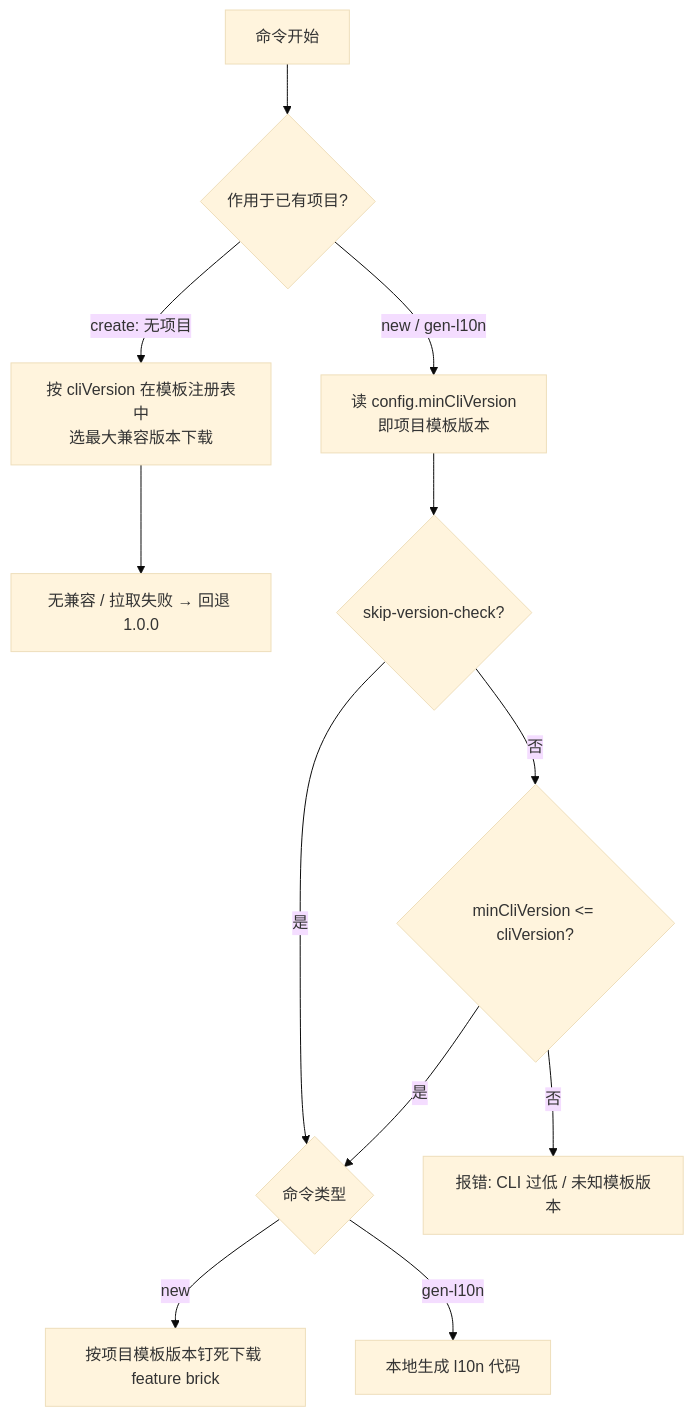
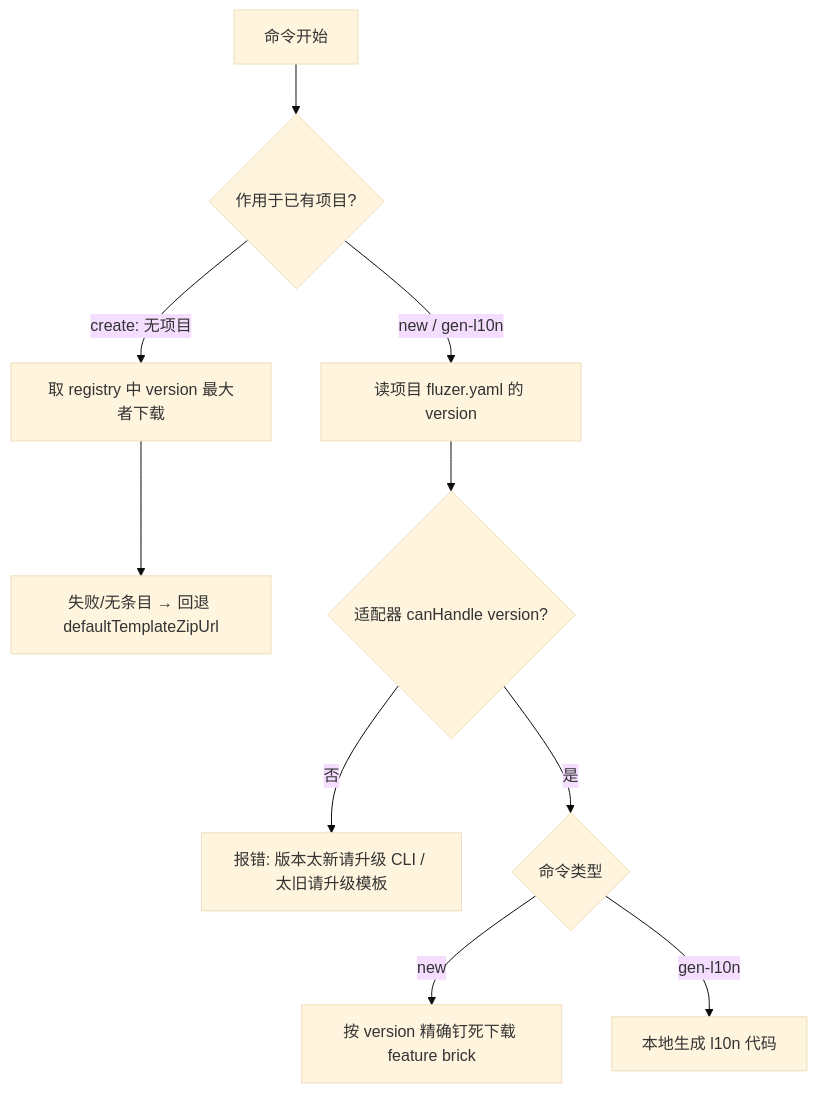
One commit to Dboy233/flutter_zero_doc changed the diagram in docs/zh/versioning-rules.md. Above: the diagram before and after it, drawn with Mermaid (base theme). The commit also changed other lines of this file and 25 other files, not shown here.

````diff
--- a/docs/zh/versioning-rules.md
+++ b/docs/zh/versioning-rules.md
@@ -97,15 +64,12 @@
 ```mermaid
 flowchart TD
     A[命令开始] --> B{作用于已有项目?}
-    B -- create: 无项目 --> C[按 cliVersion 在模板注册表中<br/>选最大兼容版本下载]
-    C --> C1[无兼容 / 拉取失败 → 回退 1.0.0]
-    B -- new / gen-l10n --> D[读 config.minCliVersion<br/>即项目模板版本]
-    D --> E{skip-version-check?}
-    E -- 是 --> G
-    E -- 否 --> F{minCliVersion <= cliVersion?}
-    F -- 否 --> X[报错: CLI 过低 / 未知模板版本]
-    F -- 是 --> G
-    G{命令类型}
-    G -- new --> H[按项目模板版本钉死下载 feature brick]
+    B -- create: 无项目 --> C[取 registry 中 version 最大者下载]
+    C --> C1[失败/无条目 → 回退 defaultTemplateZipUrl]
+    B -- new / gen-l10n --> D[读项目 fluzer.yaml 的 version]
+    D --> E{适配器 canHandle version?}
+    E -- 否 --> X[报错: 版本太新请升级 CLI / 太旧请升级模板]
+    E -- 是 --> G{命令类型}
+    G -- new --> H[按 version 精确钉死下载 feature brick]
     G -- gen-l10n --> I[本地生成 l10n 代码]
 ```
````
